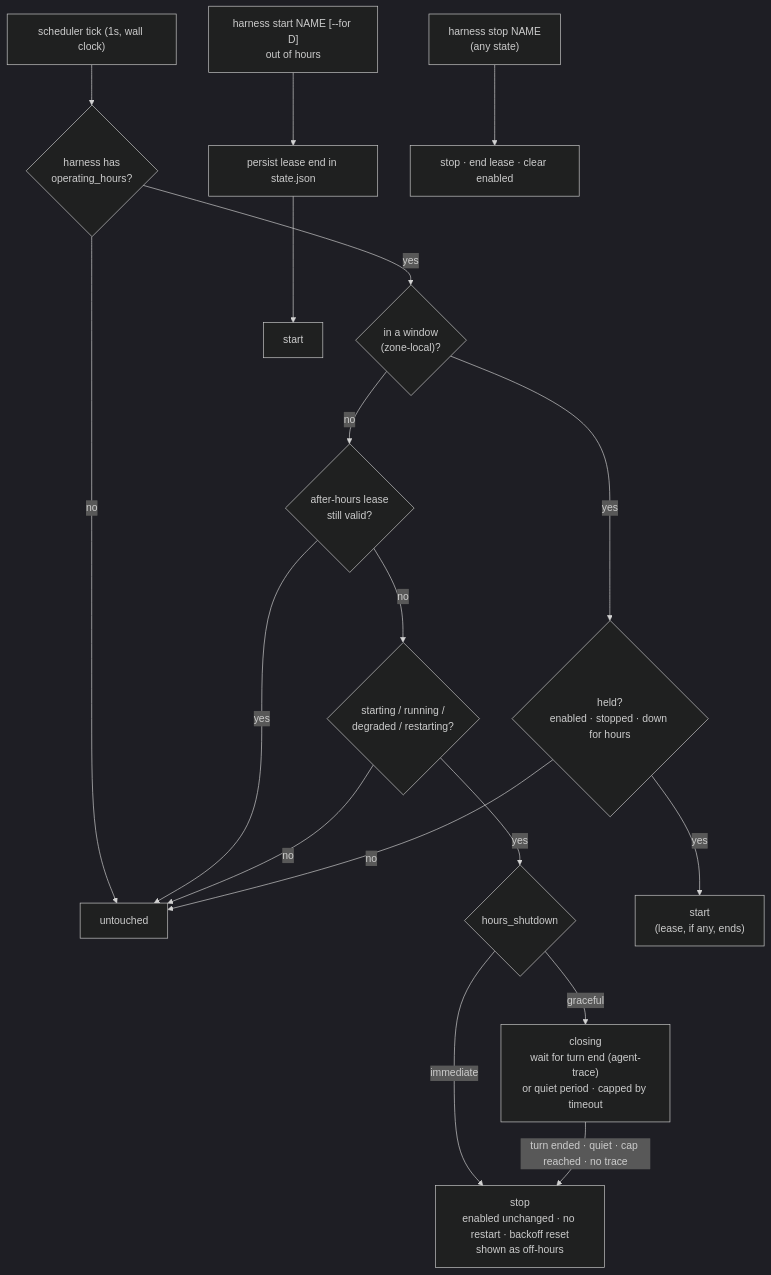
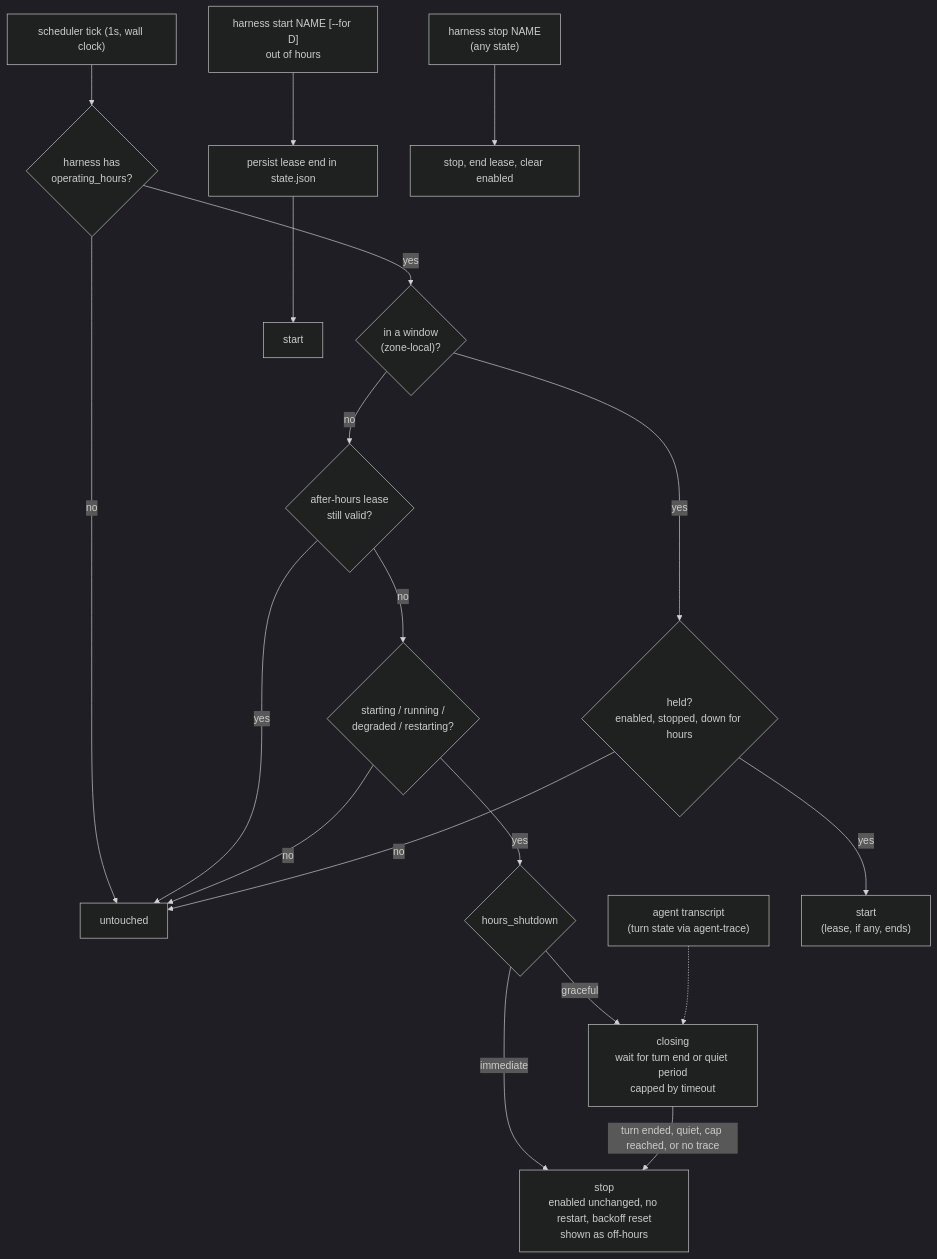
Before and after one commit to stump-wtf/harness: the diagram in docs/adrs/adr-0019-operating-hours.md, drawn with Mermaid (dark theme). The commit also changed other lines of this file and 12 other files, not shown here.

````diff
--- a/docs/adrs/adr-0019-operating-hours.md
+++ b/docs/adrs/adr-0019-operating-hours.md
@@ -443,22 +455,23 @@
 ```mermaid
 flowchart TD
-    TICK["scheduler tick (1s, wall clock)"] --> GATED{"harness has<br/>operating_hours?"}
-    GATED -->|no| NOOP["untouched"]
+    TICK["scheduler tick (1s, wall clock)"]:::daemon --> GATED{"harness has<br/>operating_hours?"}
+    GATED -->|no| NOOP["untouched"]:::daemon
     GATED -->|yes| IN{"in a window<br/>(zone-local)?"}
 
     IN -->|no| LEASE{"after-hours lease<br/>still valid?"}
     LEASE -->|yes| NOOP
     LEASE -->|no| UP{"starting / running /<br/>degraded / restarting?"}
     UP -->|yes| MODE{"hours_shutdown"}
-    MODE -->|immediate| HOLD["stop<br/>enabled unchanged · no restart · backoff reset<br/>shown as off-hours"]
-    MODE -->|graceful| CLOSING["closing<br/>wait for turn end (agent-trace)<br/>or quiet period · capped by timeout"]
-    CLOSING -->|"turn ended · quiet · cap reached · no trace"| HOLD
+    MODE -->|immediate| HOLD["stop<br/>enabled unchanged, no restart, backoff reset<br/>shown as off-hours"]:::daemon
+    MODE -->|graceful| CLOSING["closing<br/>wait for turn end or quiet period<br/>capped by timeout"]:::daemon
+    TRACE["agent transcript<br/>(turn state via agent-trace)"]:::store -.-> CLOSING
+    CLOSING -->|"turn ended, quiet, cap reached, or no trace"| HOLD
     UP -->|no| NOOP
 
-    IN -->|yes| HELD{"held?<br/>enabled · stopped · down for hours"}
-    HELD -->|yes| START["start<br/>(lease, if any, ends)"]
+    IN -->|yes| HELD{"held?<br/>enabled, stopped, down for hours"}
+    HELD -->|yes| START["start<br/>(lease, if any, ends)"]:::daemon
     HELD -->|no| NOOP
 
-    OP["harness start NAME [--for D]<br/>out of hours"] --> WRITE["persist lease end in state.json"] --> START2["start"]
-    OPSTOP["harness stop NAME<br/>(any state)"] --> END["stop · end lease · clear enabled"]
+    OP["harness start NAME [--for D]<br/>out of hours"]:::client --> WRITE["persist lease end in state.json"]:::store --> START2["start"]:::daemon
+    OPSTOP["harness stop NAME<br/>(any state)"]:::client --> END["stop, end lease, clear enabled"]:::daemon
 ```
````
